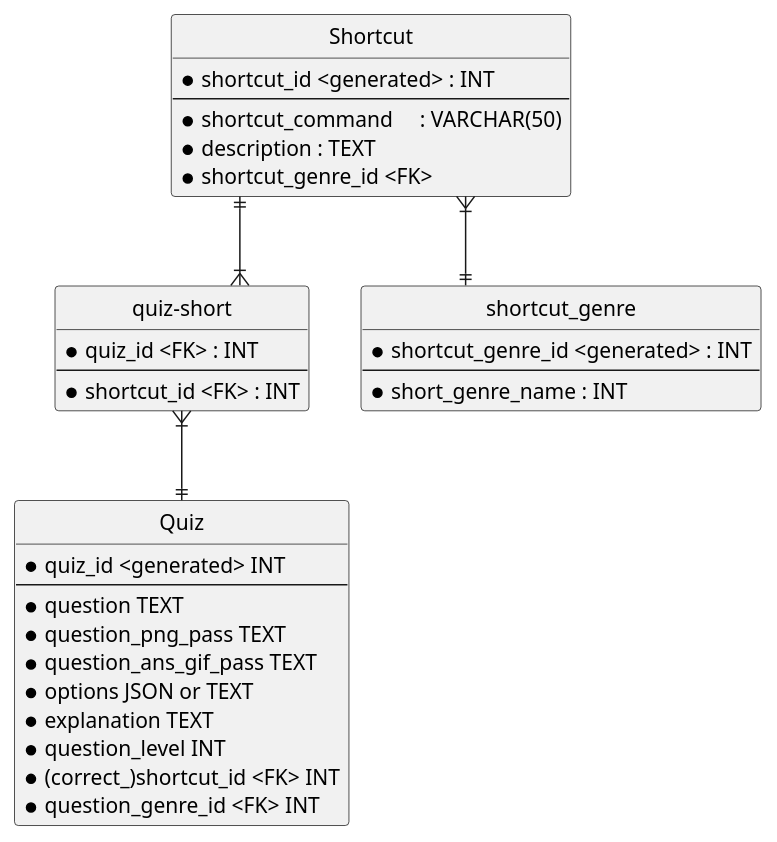
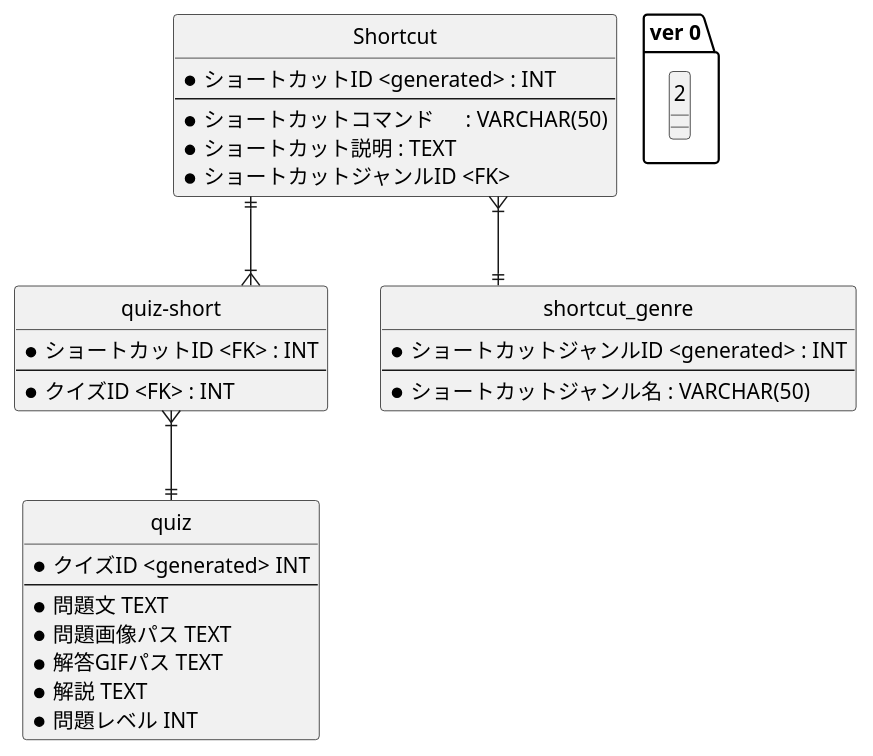
Before and after one commit to Taku1103/APPRENTICE_Quests_private: the diagram in APPRENTICE_Quests/Team_Product/DBtable.pu, drawn with PlantUML. The commit also changed other lines of this file and 66 other files, not shown here.

```diff
--- a/APPRENTICE_Quests/Team_Product/DBtable.pu
+++ b/APPRENTICE_Quests/Team_Product/DBtable.pu
@@ -1,64 +3,48 @@
 @startuml shortcut_quiz
 
 ' hide the spot
 hide circle
 
 ' avoid problems with angled crows feet
 skinparam linetype ortho
 
 
+entity "ver 0.2" {
+
+}
+
 entity "Shortcut" as sho{
-    *shortcut_id <generated> : INT
+    *ショートカットID <generated> : INT
     --
-    *shortcut_command	: VARCHAR(50)
-    *description : TEXT
-    *shortcut_genre_id <FK>
+    *ショートカットコマンド	: VARCHAR(50)
+    *ショートカット説明 : TEXT
+    *ショートカットジャンルID <FK>
 }
 
 
-entity "Quiz" as quiz{
-    *quiz_id <generated> INT
+entity "quiz" as quiz{
+    *クイズID <generated> INT
     --
-    *question TEXT
-    *question_png_pass TEXT
-    *question_ans_gif_pass TEXT
-    *options JSON or TEXT
-    *explanation TEXT
-    *question_level INT
-    *(correct_)shortcut_id <FK> INT
-    *question_genre_id <FK> INT
+    *問題文 TEXT
+    *問題画像パス TEXT
+    *解答GIFパス TEXT
+    *解説 TEXT
+    *問題レベル INT
 }
 
-' entity "question_genre" as qg{
-'     *quiz_id <FK>: INT
-'     --
-'     *question_genre_name : INT
-' }
-' entity "recommend_shortcut_ranking" as rsr{
-'     *quiz_id : INT
-'     *shortcut_id : INT
-'     --
-'     *recommend_shortcut_ranking :INT
-'     *min_hand : INT
-' }
-
 entity "quiz-short" as qs{
-    *quiz_id <FK> : INT
+    *ショートカットID <FK> : INT
     --
-    *shortcut_id <FK> : INT
+    *クイズID <FK> : INT
 }
 entity "shortcut_genre" as sg{
-    *shortcut_genre_id <generated> : INT
+    *ショートカットジャンルID <generated> : INT
     --
-    *short_genre_name : INT
+    *ショートカットジャンル名 : VARCHAR(50)
 }
 
-
-' quiz||--|{qg
-' quiz||--|{rsr
-' rsr}|--||sho
 sho}|--||sg
 qs}|--||quiz
 sho||--|{qs
 
 @enduml
```
